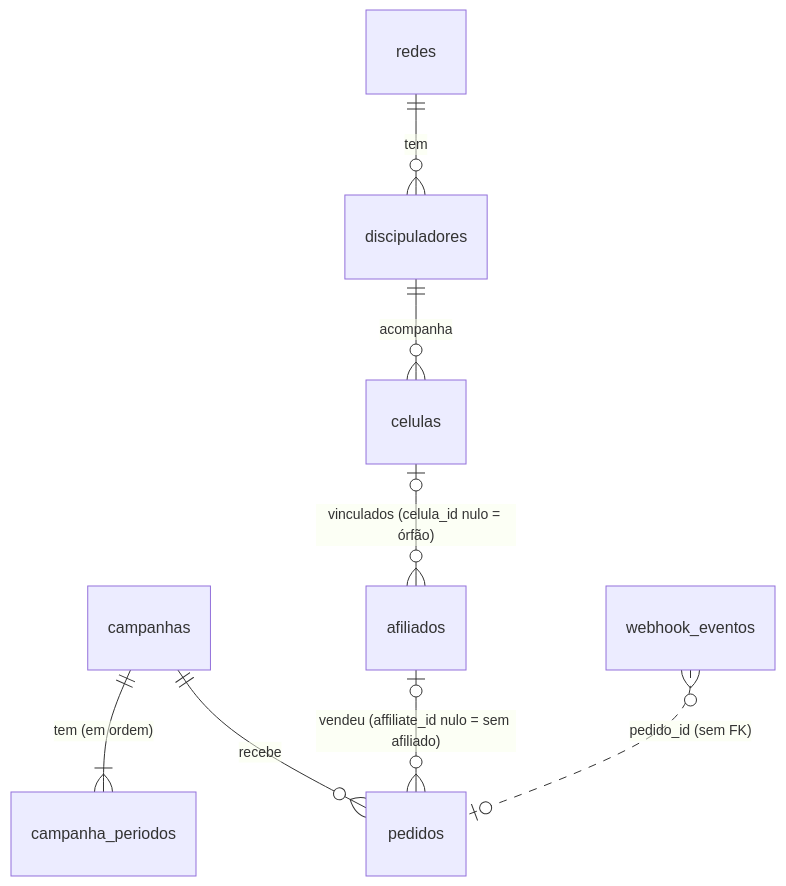
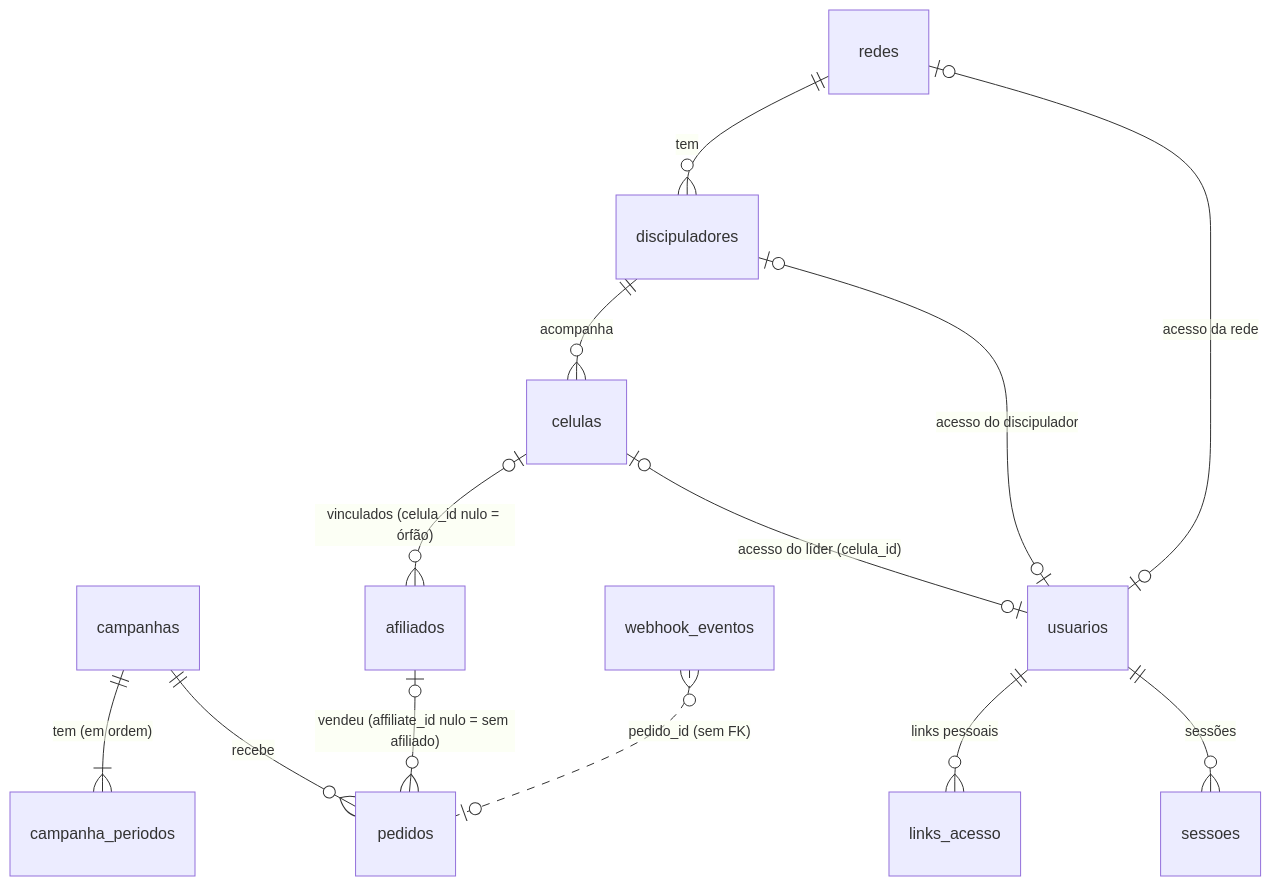
The diagram in docs/modelo-de-dados.md (othiagomadruga/rifa-videira-kids), drawn with Mermaid before and after one commit. The commit also changed other lines of this file and 33 other files, not shown here.

````diff
--- a/docs/modelo-de-dados.md
+++ b/docs/modelo-de-dados.md
@@ -10,10 +10,15 @@
 ```mermaid
 erDiagram
   campanhas ||--|{ campanha_periodos : "tem (em ordem)"
   campanhas ||--o{ pedidos : "recebe"
   redes ||--o{ discipuladores : "tem"
   discipuladores ||--o{ celulas : "acompanha"
   celulas |o--o{ afiliados : "vinculados (celula_id nulo = órfão)"
   afiliados |o--o{ pedidos : "vendeu (affiliate_id nulo = sem afiliado)"
   webhook_eventos }o..o| pedidos : "pedido_id (sem FK)"
+  celulas |o--o| usuarios : "acesso do líder (celula_id)"
+  discipuladores |o--o| usuarios : "acesso do discipulador"
+  redes |o--o| usuarios : "acesso da rede"
+  usuarios ||--o{ links_acesso : "links pessoais"
+  usuarios ||--o{ sessoes : "sessões"
 ```
````
